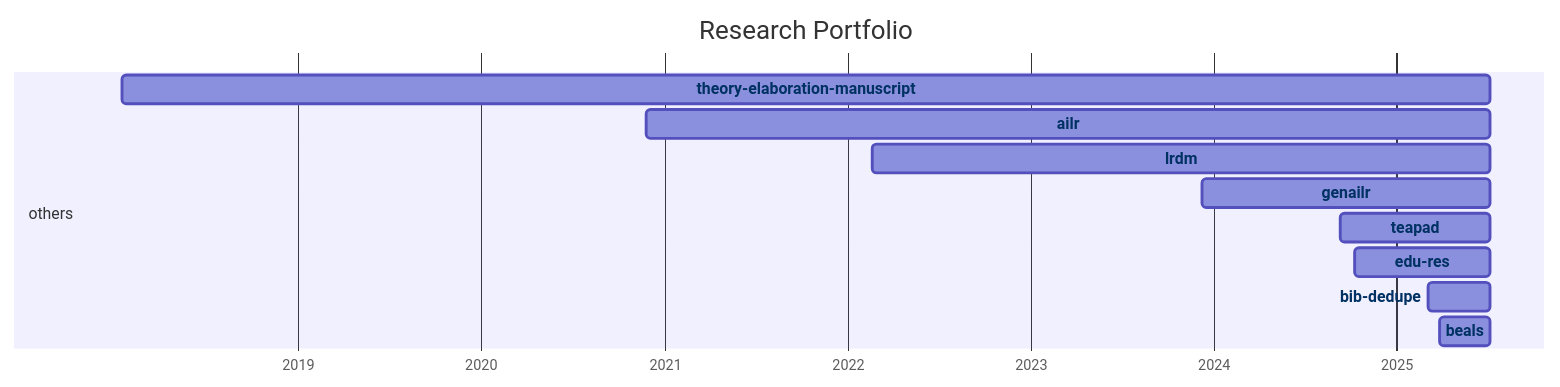
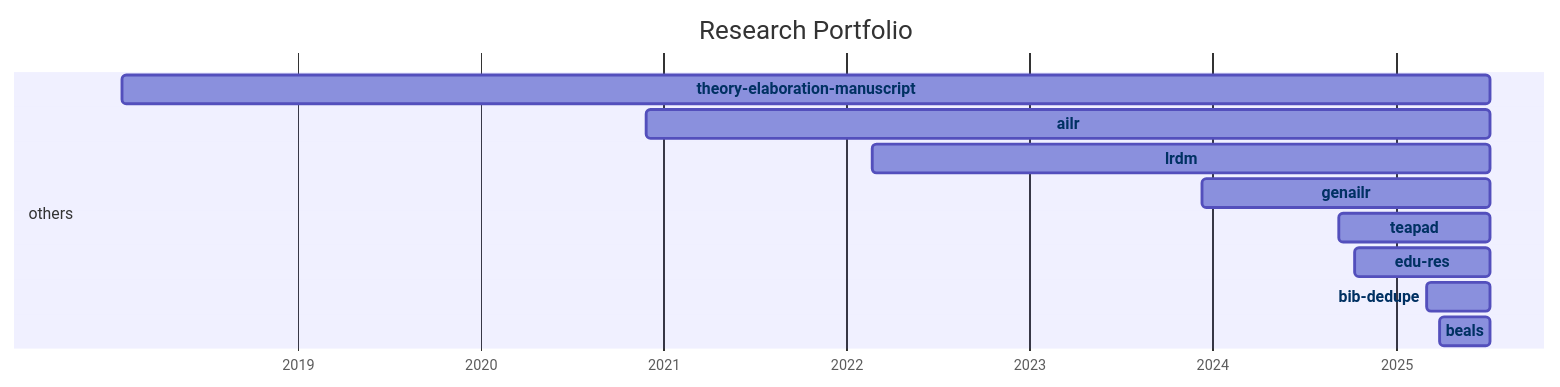
Before and after one commit to digital-work-lab/handbook: the diagram in docs/20-research/25-projects-gantt.md, drawn with Mermaid.

Commit message:
Update repository overview

````diff
--- a/docs/20-research/25-projects-gantt.md
+++ b/docs/20-research/25-projects-gantt.md
@@ -8,35 +8,35 @@
 ```mermaid
 ---
 displayMode: compact
 ---
 gantt
 title Research Portfolio
 dateFormat YYYY-MM-DD
 axisFormat %Y
 
     section work_practices
 
     section distributed_organizing
 
     section knowledge_synthesis
 
     section others
-        beals :beals, 2025-03-28, 2025-07-07
-        bib-dedupe :bib-dedupe, 2025-03-04, 2025-07-07
-        edu-res :edu-res, 2024-10-10, 2025-07-07
-        teapad :teapad, 2024-09-10, 2025-07-07
-        genailr :genailr, 2023-12-10, 2025-07-07
-        lrdm :lrdm, 2022-02-20, 2025-07-07
-        ailr :ailr, 2020-11-26, 2025-07-07
-        theory-elaboration-manuscript :theory-elaboration-manuscript, 2018-01-15, 2025-07-07
+        beals :beals, 2025-03-28, 2025-07-08
+        bib-dedupe :bib-dedupe, 2025-03-04, 2025-07-08
+        edu-res :edu-res, 2024-10-10, 2025-07-08
+        teapad :teapad, 2024-09-10, 2025-07-08
+        genailr :genailr, 2023-12-10, 2025-07-08
+        lrdm :lrdm, 2022-02-20, 2025-07-08
+        ailr :ailr, 2020-11-26, 2025-07-08
+        theory-elaboration-manuscript :theory-elaboration-manuscript, 2018-01-15, 2025-07-08
 
 
     click beals href "{{ site.baseurl }}/docs/20-research/25-projects/_repos/beals"
     click bib-dedupe href "{{ site.baseurl }}/docs/20-research/25-projects/_repos/bib-dedupe"
     click edu-res href "{{ site.baseurl }}/docs/20-research/25-projects/_repos/edu-res"
     click teapad href "{{ site.baseurl }}/docs/20-research/25-projects/_repos/teapad"
     click genailr href "{{ site.baseurl }}/docs/20-research/25-projects/_repos/genailr"
     click lrdm href "{{ site.baseurl }}/docs/20-research/25-projects/_repos/lrdm"
     click ailr href "{{ site.baseurl }}/docs/20-research/25-projects/_repos/ailr"
     click theory-elaboration-manuscript href "{{ site.baseurl }}/docs/20-research/25-projects/_repos/theory-elaboration-manuscript"
 ```
````
